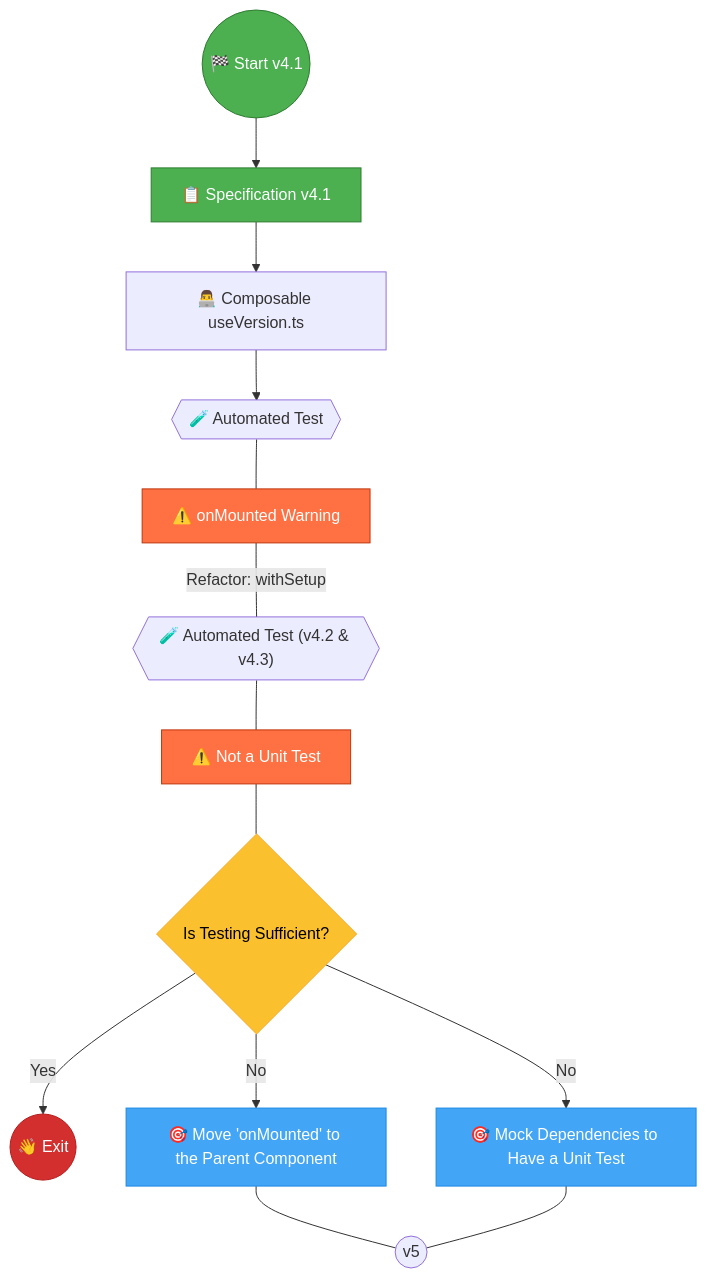
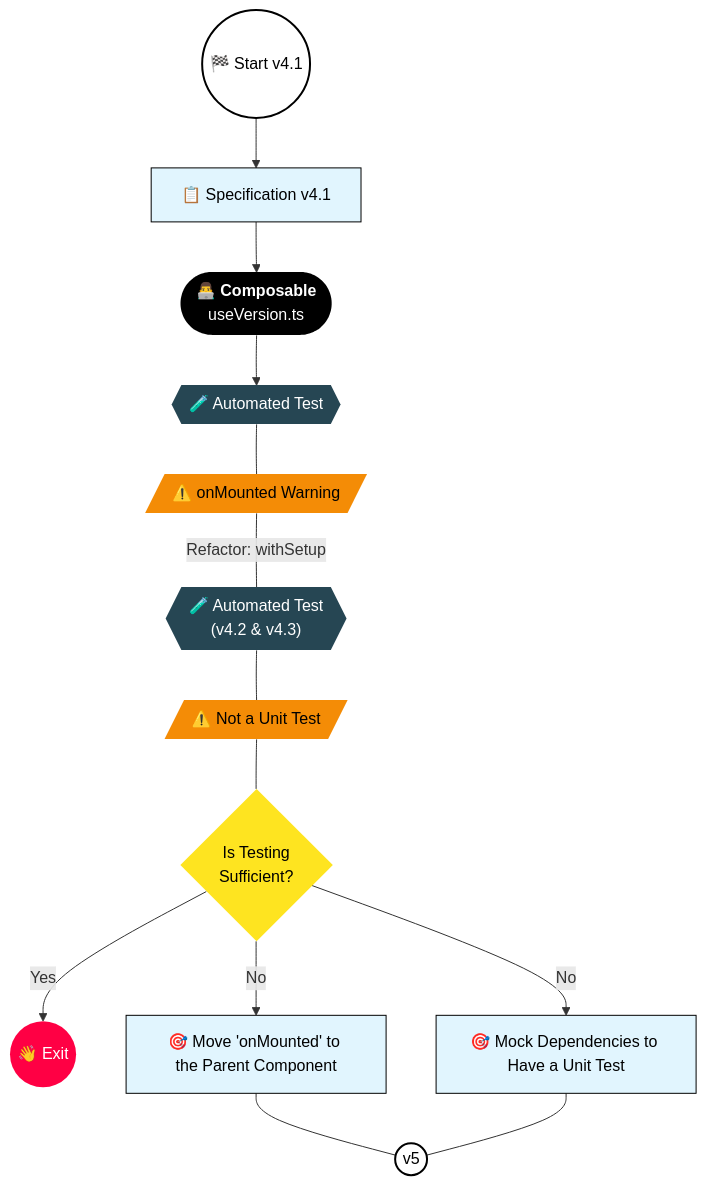
Before and after one commit to jeromeabel/nuxt-clean-architecture: the diagram in docs/Testing a Simple Nuxt Feature - 7 - Test the composable (v4).md, drawn with Mermaid. The commit also changed 6 other files, not shown here.

Commit message:
docs(version): up graphs colors and shapes

````diff
--- a/docs/Testing a Simple Nuxt Feature - 7 - Test the composable (v4).md
+++ b/docs/Testing a Simple Nuxt Feature - 7 - Test the composable (v4).md
@@ -185,39 +185,41 @@
 ```mermaid
 graph TB
 
     %% Start
     A((🏁 Start v4.1)):::start
 
     %% Specification v4 Checklist
-    B[📋 Specification v4.1]:::start
+    B[📋 Specification v4.1]:::checklist
 
     %% Development Process
-    C["👨‍💻 Composable useVersion.ts"]
+    C(["👨‍💻 <b>Composable</b><br>useVersion.ts"]):::impl
 
     %% Test
-    D{{"🧪 Automated Test"}}
-    E[⚠️ onMounted Warning]:::issue
-    F{{"🧪 Automated Test (v4.2 & v4.3)"}}
-    G[⚠️ Not a Unit Test]:::issue
+    D{{"🧪 Automated Test"}}:::test
+    E[/⚠️ onMounted Warning/]:::issue
+    F{{"🧪 Automated Test<br>(v4.2 & v4.3)"}}:::test
+    G[/⚠️ Not a Unit Test/]:::issue
 
 
-    H{Is Testing Sufficient?}:::decision
+    H{Is Testing<br>Sufficient?}:::decision
     I((👋 Exit)):::exit
-    J["🎯 Move 'onMounted' to the Parent Component"]:::action
-    K["🎯 Mock Dependencies to Have a Unit Test"]:::action
-    L((v5))
+    J["🎯 Move 'onMounted' to the Parent Component"]:::checklist
+    K["🎯 Mock Dependencies to Have a Unit Test"]:::checklist
+    L((v5)):::start
 
     %% Connections
     A --> B --> C --> D
     D --- E --- | Refactor: withSetup| F --- G --- H
     H --> |No| J & K --- L
     H --> |Yes| I
 
     %% Define Styles
-    classDef start fill:#4CAF50,stroke:#2E7D32,color:#FFFFFF;
-    classDef exit fill:#D32F2F,stroke:#B71C1C,color:#FFFFFF;
-    classDef decision fill:#FBC02D,stroke:#F9A825,color:#000000;
-    classDef issue fill:#FF7043,stroke:#BF360C,color:#FFFFFF;
-    classDef action fill:#42A5F5,stroke:#1E88E5,color:#FFFFFF;
-    classDef checklist fill:#E1F5FE,stroke:#0277BD,color:#000000;
+    classDef start fill:#fff,color:#000,stroke:#000,stroke-width:2;
+    classDef impl fill:#000,color:#fff,stroke:#fff,stroke-width:0;
+    classDef issue fill:#f48c06,color:#000,stroke:#333,stroke-width:0;
+    classDef decision fill:#FEE420,color:#000,stroke:#4F4400,stroke-width:0;
+    classDef test fill:#264653,color:#fff,stroke:#060600,stroke-width:0;
+    classDef exit fill:#ff0044,color:#fff,stroke-width:0;
+    classDef checklist fill:#E1F5FE,stroke:#000000,color:#000000;
+    classDef success fill:#4CAF50,color:#fff,stroke:#fff,stroke-width:0;
 ```
````
